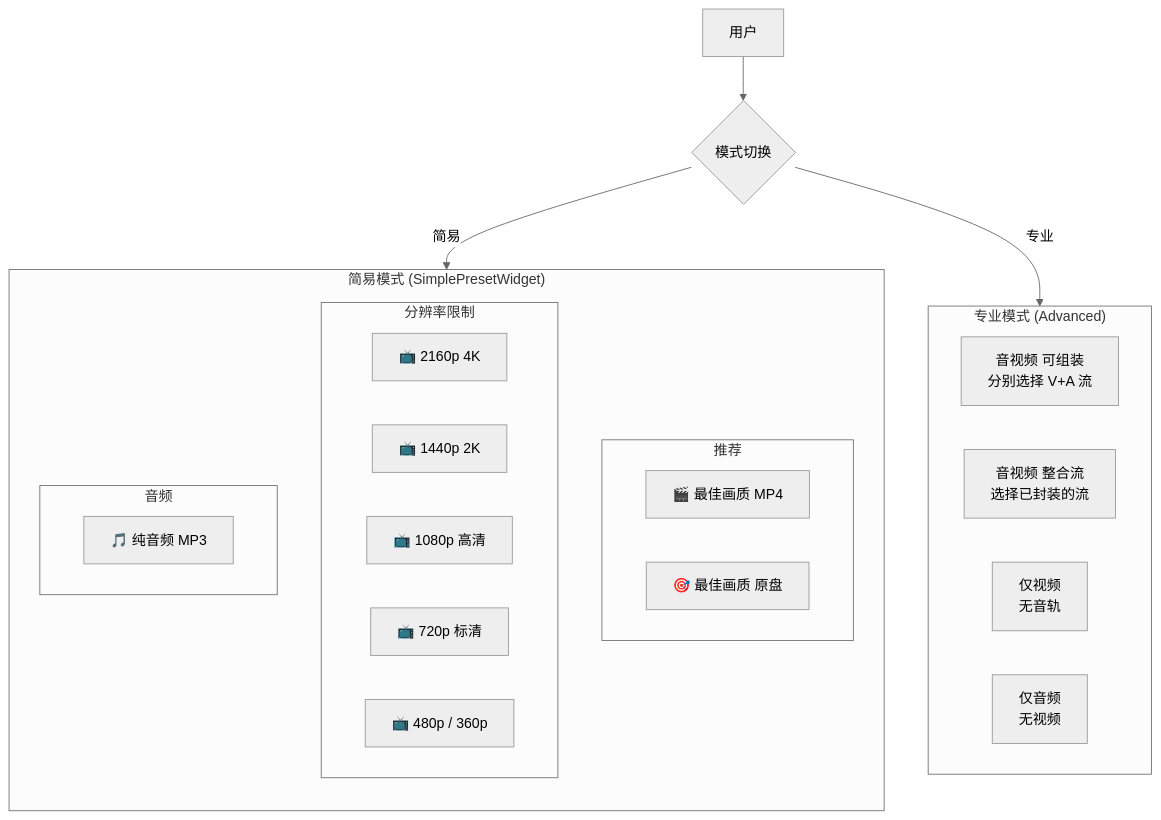
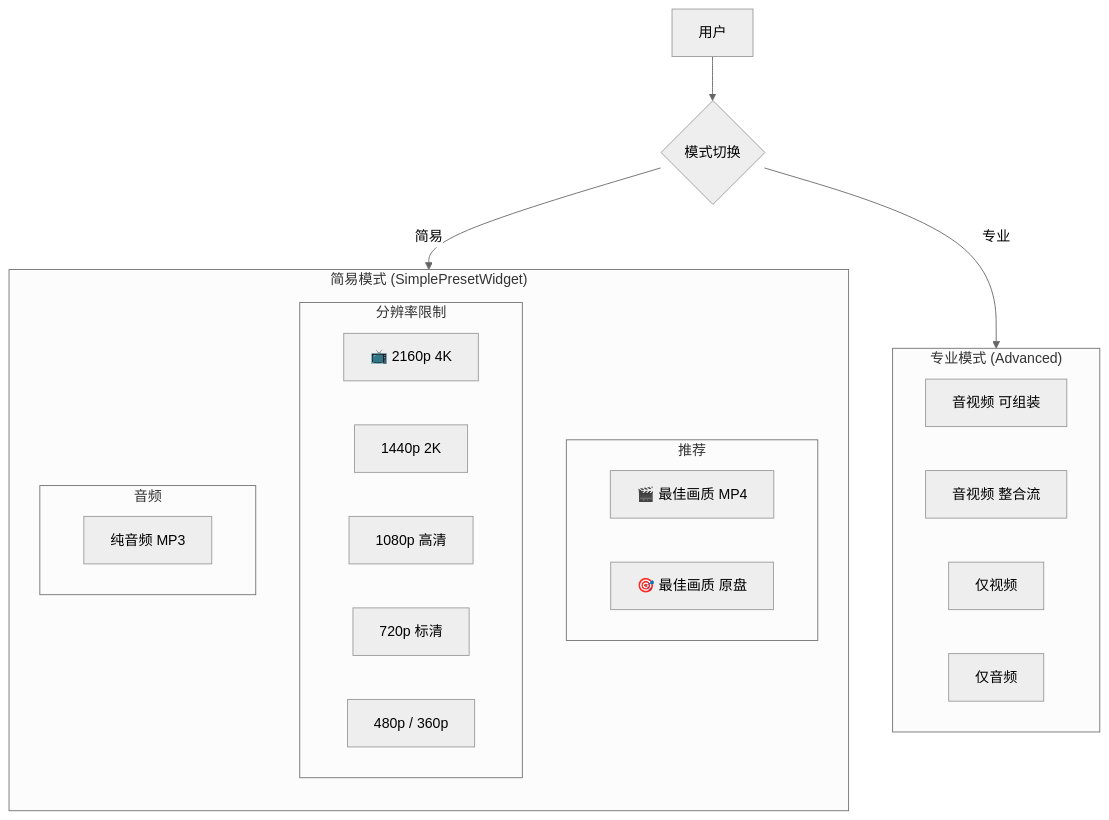
One commit to prideicker/FluentYTDL changed the fifth of 24 diagrams in docs/ARCHITECTURE.md. Above: the diagram before and after it, drawn with Mermaid (neutral theme). The commit also changed other lines of this file, not shown here.

Commit message:
fix: 修复所有 Mermaid 图表 GitHub 渲染问题 (移除 br 标签和特殊字符)

````diff
--- a/docs/ARCHITECTURE.md
+++ b/docs/ARCHITECTURE.md
@@ -253,31 +253,31 @@
 ```mermaid
 flowchart TB
     subgraph Simple["简易模式 (SimplePresetWidget)"]
         direction TB
         subgraph Recommend["推荐"]
             P1[🎬 最佳画质 MP4]
             P2[🎯 最佳画质 原盘]
         end
         subgraph Resolution["分辨率限制"]
             P3[📺 2160p 4K]
-            P4[📺 1440p 2K]
-            P5[📺 1080p 高清]
-            P6[📺 720p 标清]
-            P7[📺 480p / 360p]
+            P4["1440p 2K"]
+            P5["1080p 高清"]
+            P6["720p 标清"]
+            P7["480p / 360p"]
         end
         subgraph Audio["音频"]
-            P8[🎵 纯音频 MP3]
+            P8["纯音频 MP3"]
         end
     end
     
     subgraph Advanced["专业模式 (Advanced)"]
-        M1[音视频 可组装<br/>分别选择 V+A 流]
-        M2[音视频 整合流<br/>选择已封装的流]
-        M3[仅视频<br/>无音轨]
-        M4[仅音频<br/>无视频]
+        M1["音视频 可组装"]
+        M2["音视频 整合流"]
+        M3["仅视频"]
+        M4["仅音频"]
     end
     
-    User[用户] --> Toggle{模式切换}
+    User["用户"] --> Toggle{"模式切换"}
     Toggle -->|简易| Simple
     Toggle -->|专业| Advanced
 ```
````
